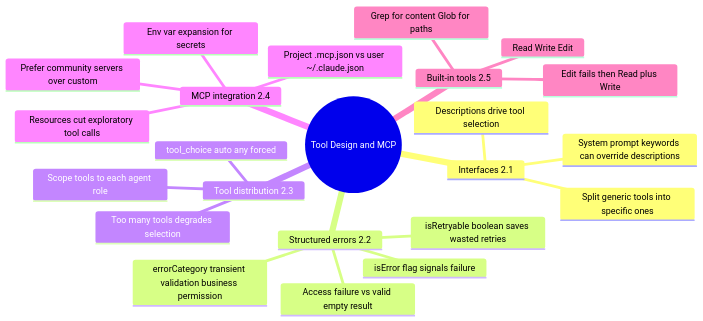
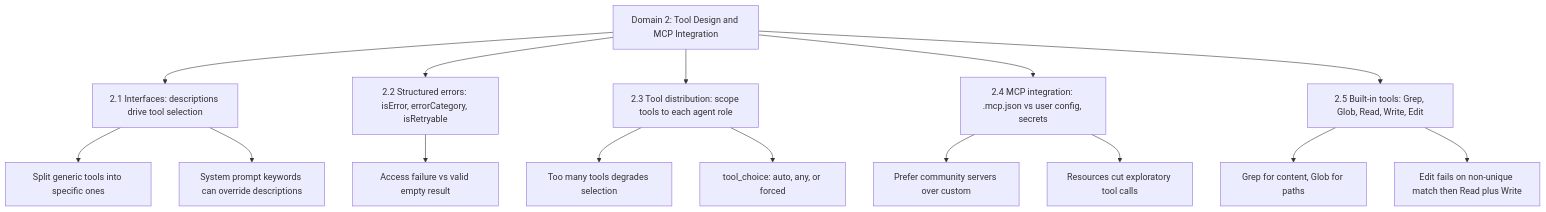
One commit to NicoAbet04/CCAF-study-env changed the diagram in vaults/ccaf/2 - Tool Design & MCP Integration.md. Above: the diagram before and after it, drawn with Mermaid. The commit also changed other lines of this file and 19 other files, not shown here.

First line of the commit message:
Fix Glossary link style and Domain 2 mermaid readability

````diff
--- a/vaults/ccaf/2 - Tool Design & MCP Integration.md
+++ b/vaults/ccaf/2 - Tool Design & MCP Integration.md
@@ -32,26 +32,18 @@
 ```mermaid
-mindmap
-  root((Tool Design and MCP))
-    Interfaces 2.1
-      Descriptions drive tool selection
-      Split generic tools into specific ones
-      System prompt keywords can override descriptions
-    Structured errors 2.2
-      isError flag signals failure
-      errorCategory transient validation business permission
-      isRetryable boolean saves wasted retries
-      Access failure vs valid empty result
-    Tool distribution 2.3
-      Scope tools to each agent role
-      Too many tools degrades selection
-      tool_choice auto any forced
-    MCP integration 2.4
-      Project .mcp.json vs user ~/.claude.json
-      Env var expansion for secrets
-      Resources cut exploratory tool calls
-      Prefer community servers over custom
-    Built-in tools 2.5
-      Grep for content Glob for paths
-      Read Write Edit
-      Edit fails then Read plus Write
+graph TD
+    D2[Domain 2: Tool Design and MCP Integration]
+    D2 --> I1[2.1 Interfaces: descriptions drive tool selection]
+    D2 --> I2[2.2 Structured errors: isError, errorCategory, isRetryable]
+    D2 --> I3[2.3 Tool distribution: scope tools to each agent role]
+    D2 --> I4[2.4 MCP integration: .mcp.json vs user config, secrets]
+    D2 --> I5[2.5 Built-in tools: Grep, Glob, Read, Write, Edit]
+    I1 --> I1a[Split generic tools into specific ones]
+    I1 --> I1b[System prompt keywords can override descriptions]
+    I2 --> I2a[Access failure vs valid empty result]
+    I3 --> I3a[Too many tools degrades selection]
+    I3 --> I3b[tool_choice: auto, any, or forced]
+    I4 --> I4a[Prefer community servers over custom]
+    I4 --> I4b[Resources cut exploratory tool calls]
+    I5 --> I5a[Grep for content, Glob for paths]
+    I5 --> I5b[Edit fails on non-unique match then Read plus Write]
 ```
````
